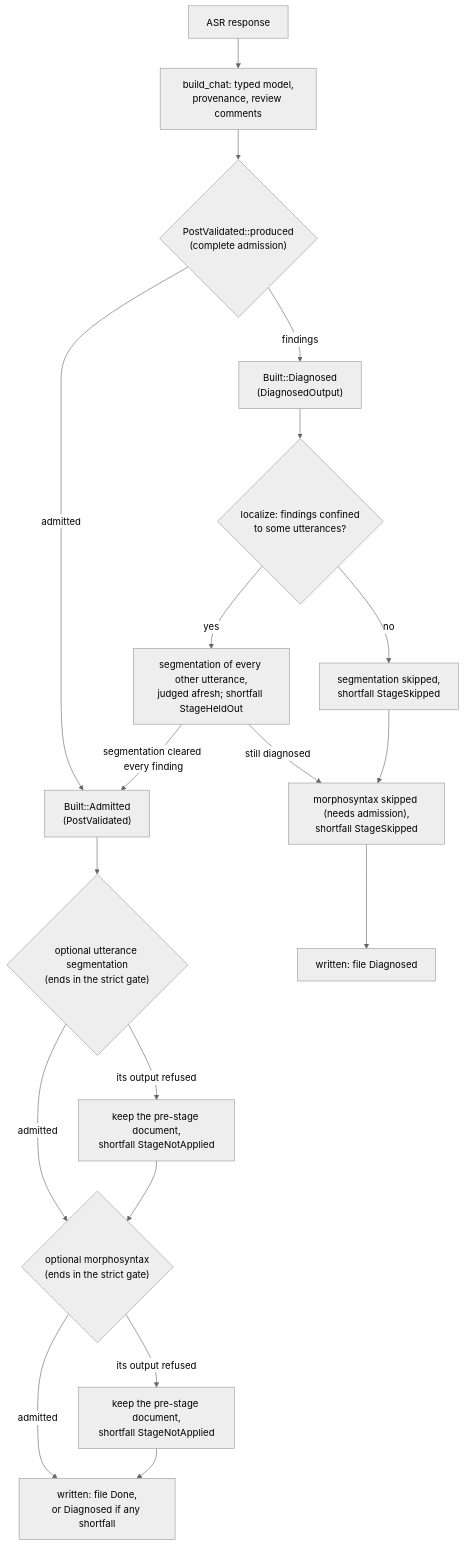
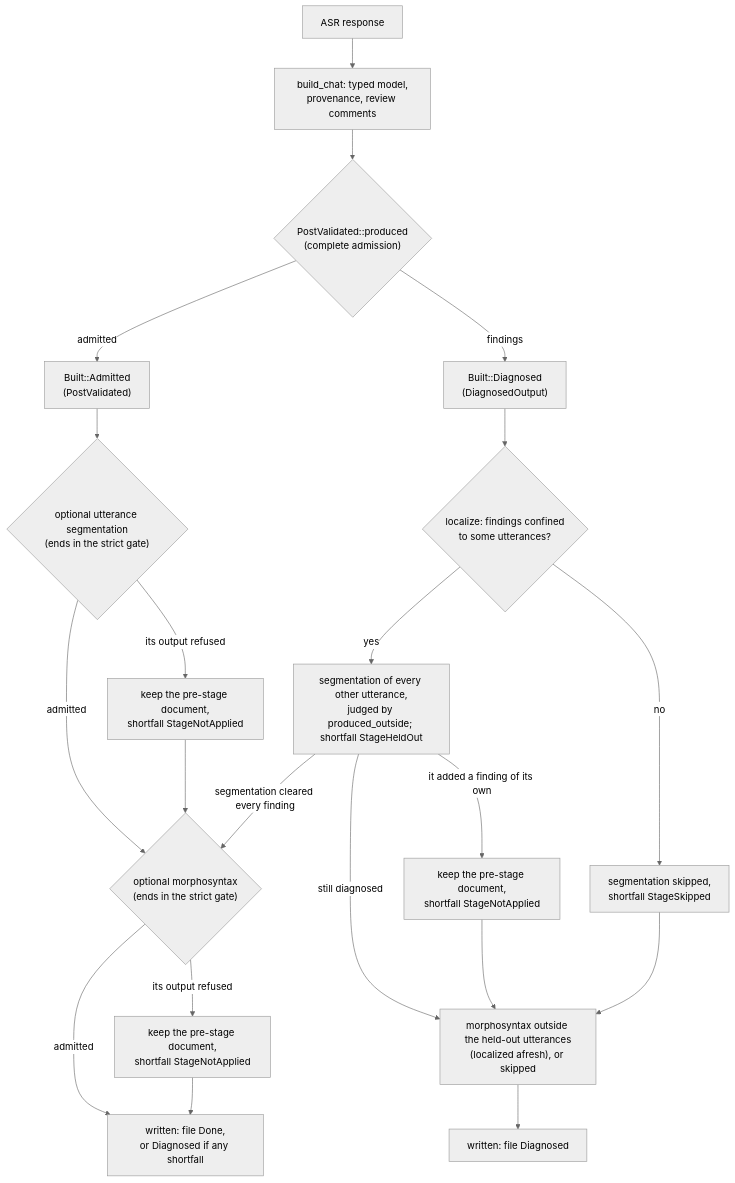
One commit to FranklinChen/talkbank-tools changed the second of 2 diagrams in book/src/batchalign/developer/chat-validation-failures.md. Above: the diagram before and after it, drawn with Mermaid (neutral theme). The commit also changed other lines of this file and 66 other files, not shown here.

````diff
--- a/book/src/batchalign/developer/chat-validation-failures.md
+++ b/book/src/batchalign/developer/chat-validation-failures.md
@@ -140,21 +148,23 @@
 ```mermaid
 flowchart TD
     asr["ASR response"] --> build["build_chat: typed model,<br/>provenance, review comments"]
     build --> produced{"PostValidated::produced<br/>(complete admission)"}
     produced -->|"admitted"| ready["Built::Admitted<br/>(PostValidated)"]
     produced -->|"findings"| diag["Built::Diagnosed<br/>(DiagnosedOutput)"]
     ready --> utseg{"optional utterance segmentation<br/>(ends in the strict gate)"}
     utseg -->|"admitted"| mor{"optional morphosyntax<br/>(ends in the strict gate)"}
     utseg -->|"its output refused"| keep1["keep the pre-stage document,<br/>shortfall StageNotApplied"]
     keep1 --> mor
     mor -->|"admitted"| done["written: file Done,<br/>or Diagnosed if any shortfall"]
     mor -->|"its output refused"| keep2["keep the pre-stage document,<br/>shortfall StageNotApplied"]
     keep2 --> done
     diag --> loc{"localize: findings confined<br/>to some utterances?"}
-    loc -->|"yes"| held["segmentation of every other utterance,<br/>judged afresh; shortfall StageHeldOut"]
+    loc -->|"yes"| held["segmentation of every other utterance,<br/>judged by produced_outside; shortfall StageHeldOut"]
     loc -->|"no"| skip["segmentation skipped,<br/>shortfall StageSkipped"]
-    held -->|"still diagnosed"| morskip["morphosyntax skipped (needs admission),<br/>shortfall StageSkipped"]
-    held -->|"segmentation cleared every finding"| ready
-    skip --> morskip
-    morskip --> diagw["written: file Diagnosed"]
+    held -->|"it added a finding of its own"| keep3["keep the pre-stage document,<br/>shortfall StageNotApplied"]
+    held -->|"still diagnosed"| morloc["morphosyntax outside the held-out utterances<br/>(localized afresh), or skipped"]
+    held -->|"segmentation cleared every finding"| mor
+    keep3 --> morloc
+    skip --> morloc
+    morloc --> diagw["written: file Diagnosed"]
 ```
````
